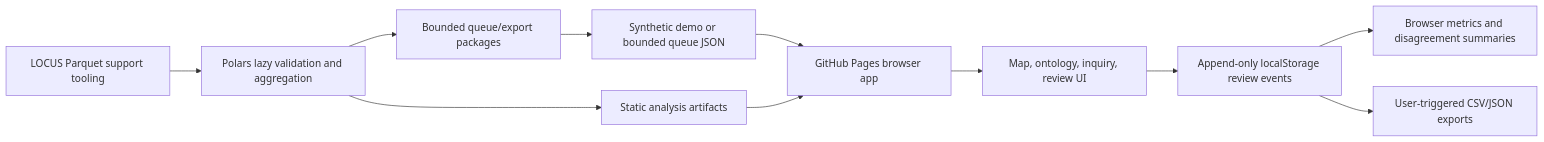
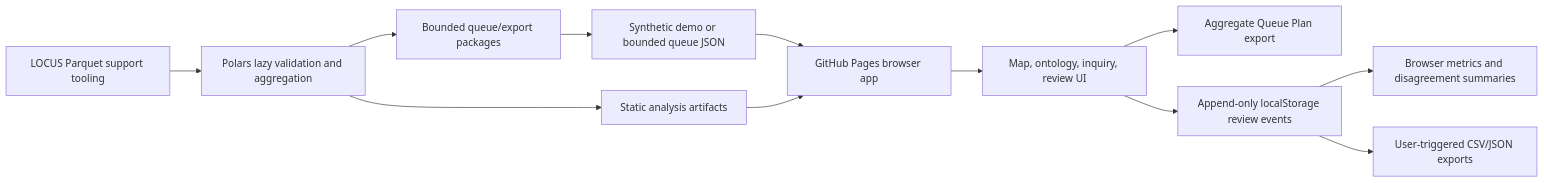
Before and after one commit to evcatalyst/evolocus: the diagram in docs/architecture.md, drawn with Mermaid. The commit also changed other lines of this file and 11 other files, not shown here.

Commit message:
feat: add aggregate queue planner

````diff
--- a/docs/architecture.md
+++ b/docs/architecture.md
@@ -7,13 +7,14 @@
 ```mermaid
 flowchart LR
   A["Synthetic demo or bounded queue JSON"] --> B["GitHub Pages browser app"]
   C["Static analysis artifacts"] --> B
   B --> D["Map, ontology, inquiry, review UI"]
+  D --> Q["Aggregate Queue Plan export"]
   D --> E["Append-only localStorage review events"]
   E --> F["Browser metrics and disagreement summaries"]
   E --> G["User-triggered CSV/JSON exports"]
   H["LOCUS Parquet support tooling"] --> I["Polars lazy validation and aggregation"]
   I --> J["Bounded queue/export packages"]
   I --> C
   J --> A
 ```
````
